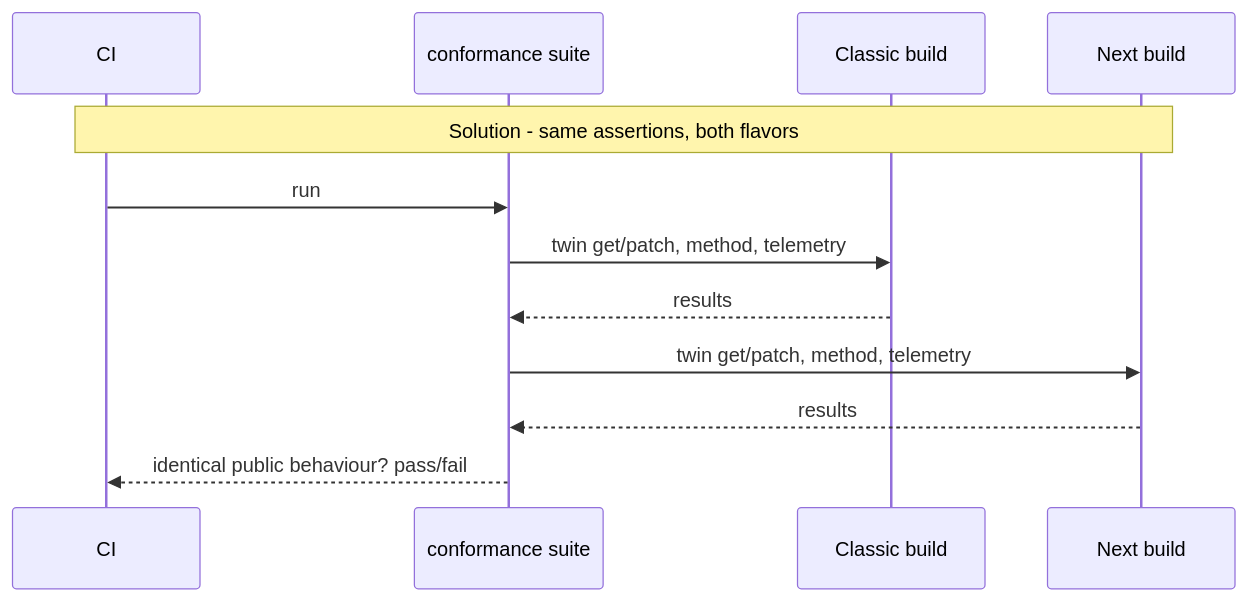
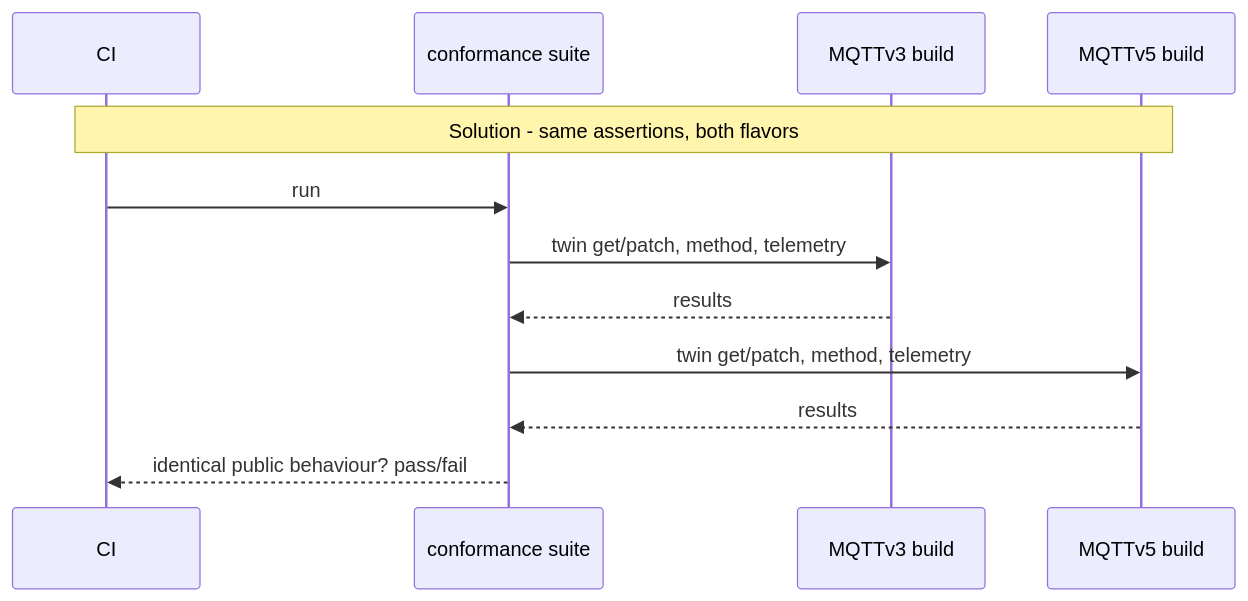
Diagram 12 of 20 in c/docs/eng/split-client.md (Azure/azure-iot-sdk), drawn with Mermaid before and after one commit. The commit also changed other lines of this file and 99 other files, not shown here.

First line of the commit message:
[C] Rename Classic/Next/AEG to MQTTv3/MQTTv5 (#274)

````diff
--- a/c/docs/eng/split-client.md
+++ b/c/docs/eng/split-client.md
@@ -432,15 +432,15 @@
 ```mermaid
 sequenceDiagram
     participant CI
     participant Suite as conformance suite
-    participant CL as Classic build
-    participant NX as Next build
+    participant CL as MQTTv3 build
+    participant NX as MQTTv5 build
 
     Note over CI,NX: Solution - same assertions, both flavors
     CI->>Suite: run
     Suite->>CL: twin get/patch, method, telemetry
     CL-->>Suite: results
     Suite->>NX: twin get/patch, method, telemetry
     NX-->>Suite: results
     Suite-->>CI: identical public behaviour? pass/fail
 ```
````
